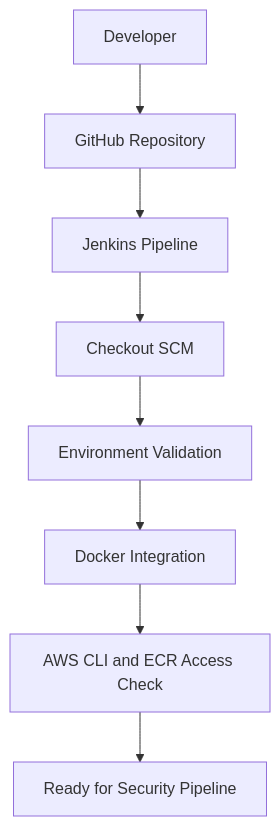
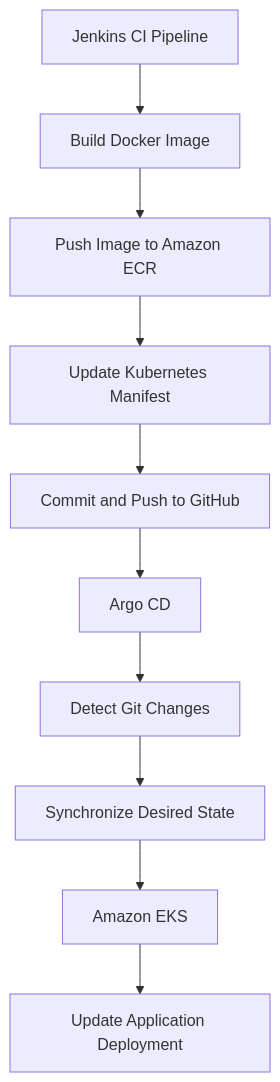
The sixth of 6 diagrams in README.md (yashparthe45/autonomous-devsecops-engine), drawn with Mermaid before and after one commit. The commit also changed other lines of this file, not shown here.

````diff
--- a/README.md
+++ b/README.md
@@ -537,10 +1843,12 @@
 ```mermaid
 flowchart TD
-    A[Developer] --> B[GitHub Repository]
-    B --> C[Jenkins Pipeline]
-    C --> D[Checkout SCM]
-    D --> E[Environment Validation]
-    E --> F[Docker Integration]
-    F --> G[AWS CLI and ECR Access Check]
-    G --> H[Ready for Security Pipeline]
+    A[Jenkins CI Pipeline] --> B[Build Docker Image]
+    B --> C[Push Image to Amazon ECR]
+    C --> D[Update Kubernetes Manifest]
+    D --> E[Commit and Push to GitHub]
+    E --> F[Argo CD]
+    F --> G[Detect Git Changes]
+    G --> H[Synchronize Desired State]
+    H --> I[Amazon EKS]
+    I --> J[Update Application Deployment]
 ```
````
